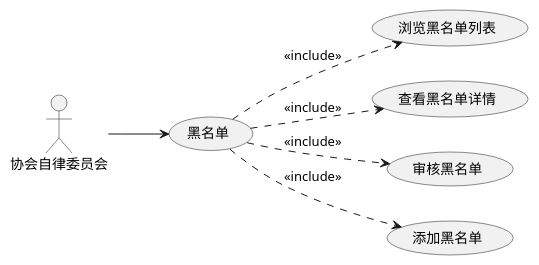
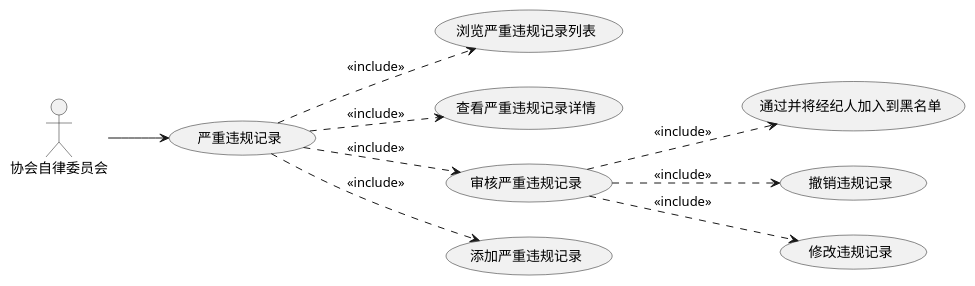
The ninth of 13 diagrams in docs/credit/README.md (evildoerX/hyperledger-credit), drawn with PlantUML before and after one commit. The commit also changed other lines of this file, not shown here.

```diff
--- a/docs/credit/README.md
+++ b/docs/credit/README.md
@@ -321,8 +322,11 @@
 @startuml
 left to right direction
-协会自律委员会 --> (黑名单)
-(黑名单) ..> (浏览黑名单列表): <<include>>
-(黑名单) ..> (查看黑名单详情): <<include>>
-(黑名单) ..> (审核黑名单): <<include>>
-(黑名单) ..> (添加黑名单): <<include>>
+协会自律委员会 --> (严重违规记录)
+(严重违规记录) ..> (浏览严重违规记录列表): <<include>>
+(严重违规记录) ..> (查看严重违规记录详情): <<include>>
+(严重违规记录) ..> (审核严重违规记录): <<include>>
+(审核严重违规记录) ..> (通过并将经纪人加入到黑名单): <<include>>
+(审核严重违规记录) ..> (撤销违规记录): <<include>>
+(审核严重违规记录) ..> (修改违规记录): <<include>>
+(严重违规记录) ..> (添加严重违规记录): <<include>>
 @enduml
```
